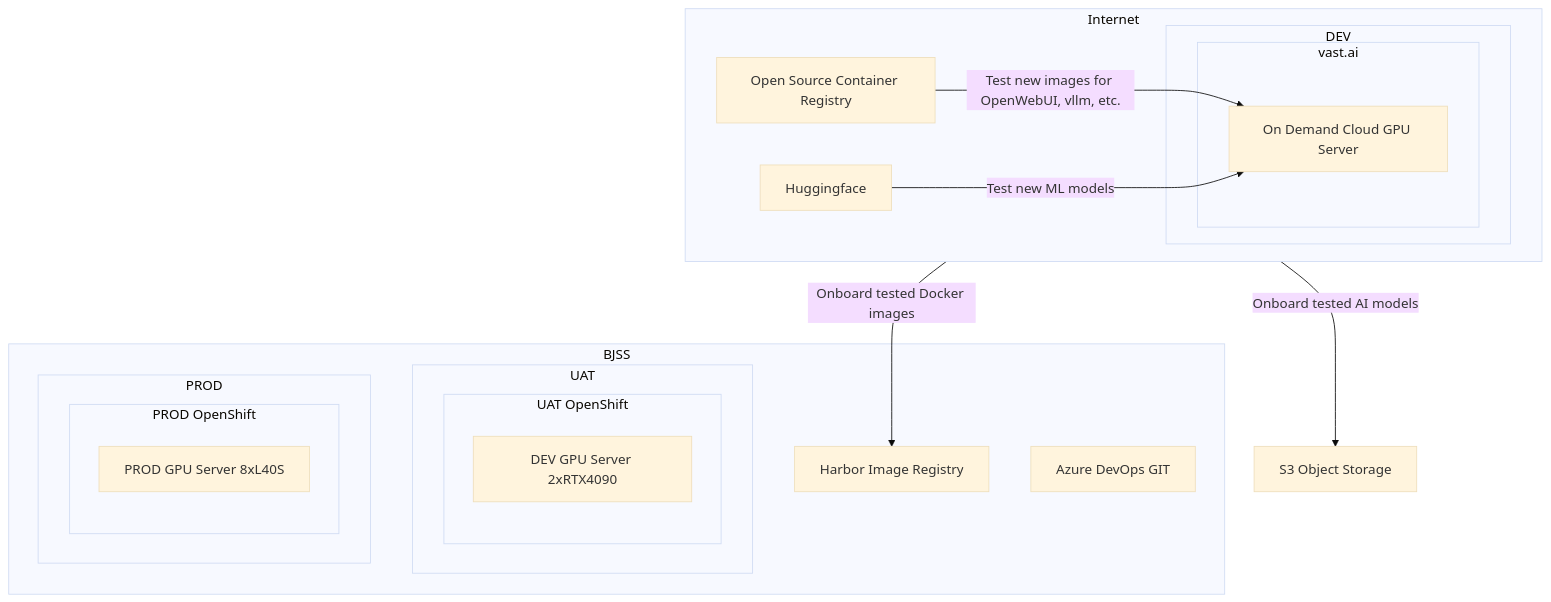
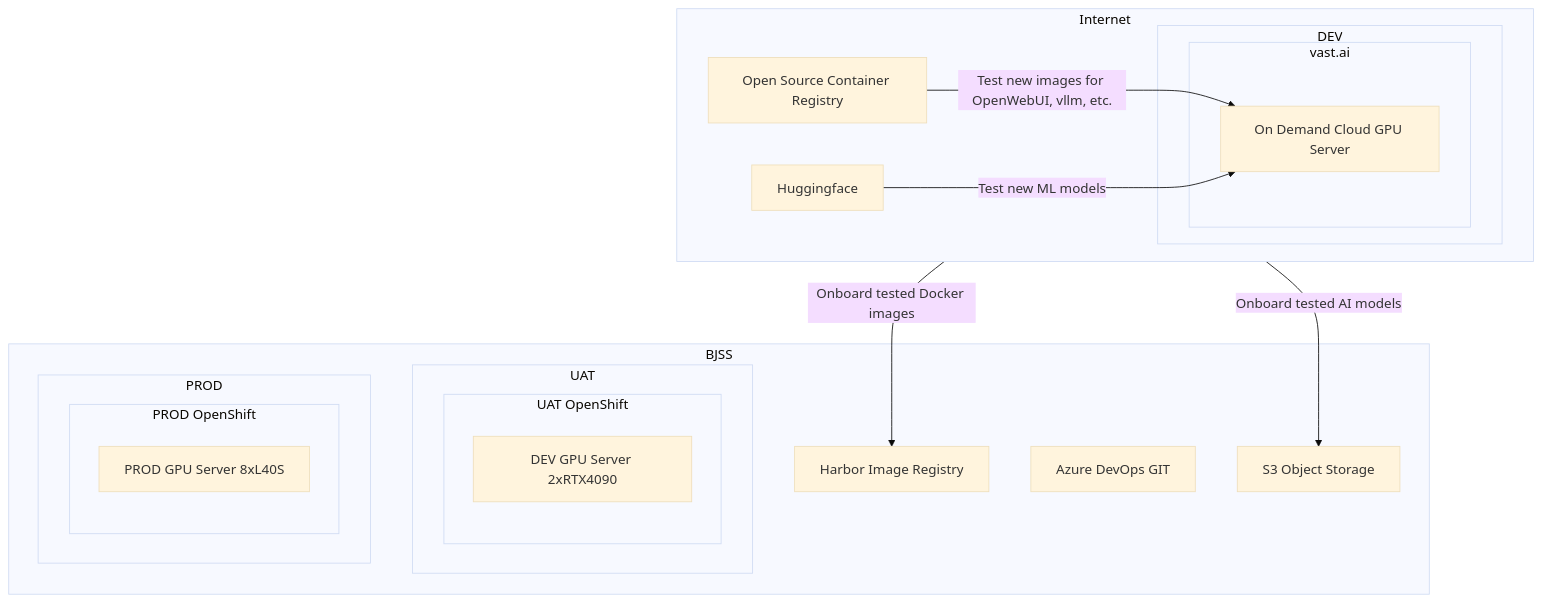
Before and after one commit to tim-roethig/ai-platform: the second of 2 diagrams in README.md, drawn with Mermaid (base theme).

````diff
--- a/README.md
+++ b/README.md
@@ -63,50 +63,51 @@
 ```mermaid
 graph TD
     A[Open Source Container Registry]
     HF[Huggingface]
     B[On Demand Cloud GPU Server]
     C[Harbor Image Registry]
     D[Azure DevOps GIT]
     S3[S3 Object Storage]
     E[DEV GPU Server 2xRTX4090]
     F[PROD GPU Server 8xL40S]
 
     subgraph VAST_AI[vast.ai]
         B
     end
     subgraph UAT_OC[UAT OpenShift]
         E
     end
     subgraph PROD_OC[PROD OpenShift]
         F
     end
 
     subgraph DEV[DEV]
         VAST_AI
     end
     subgraph UAT[UAT]
         UAT_OC
     end
     subgraph PROD[PROD]
         PROD_OC
     end
 
     subgraph BJSS[BJSS]
         C
         D
+        S3
         UAT
         PROD
     end
 
     subgraph Internet[Internet]
         A
         HF
         DEV
     end
 
     A -- Test new images for OpenWebUI, vllm, etc. --> B
     HF -- Test new ML models --> B
 
     Internet -- Onboard tested Docker images --> C
     Internet -- Onboard tested AI models --> S3
 ```
````
